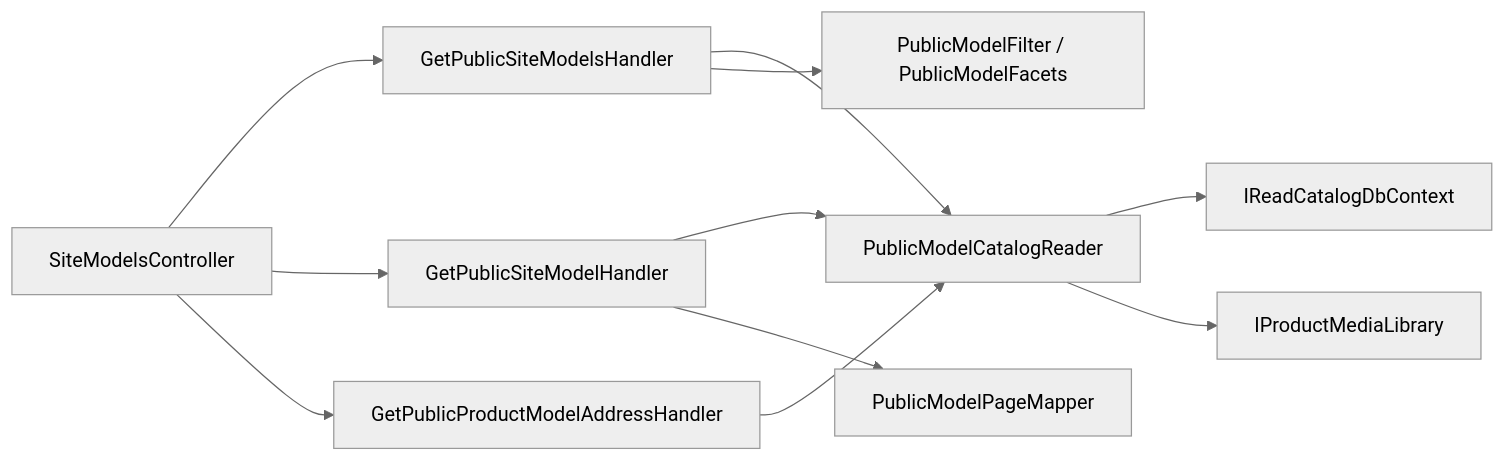
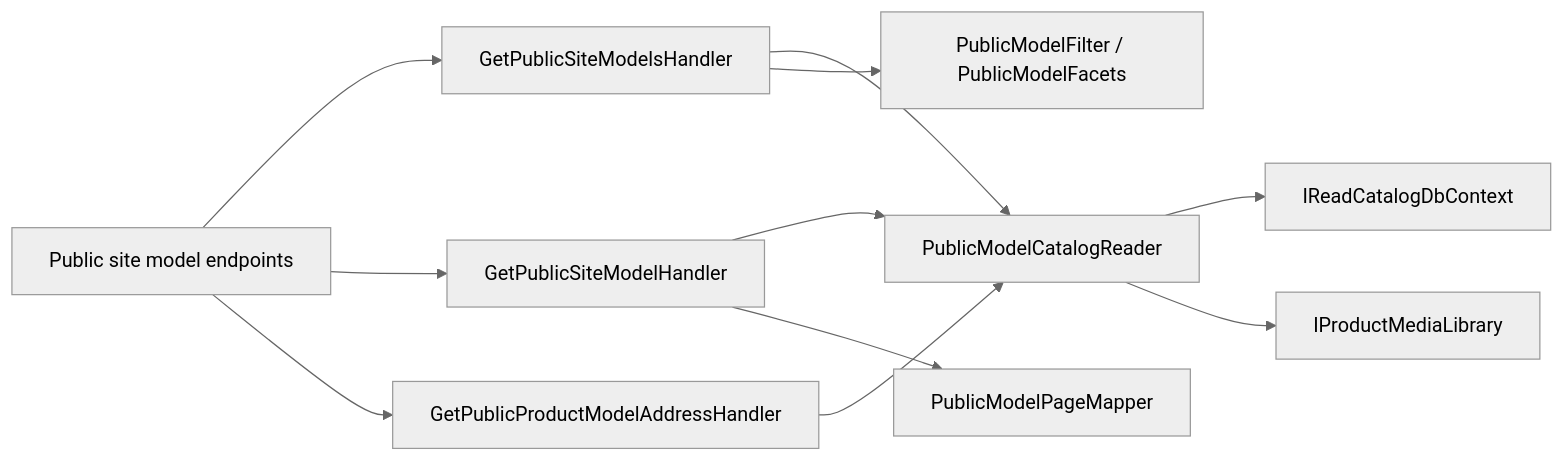
One commit to Weretik/KedrStore changed the diagram in docs/sdd/features/catalog/public-site-models.md. Above: the diagram before and after it, drawn with Mermaid (neutral theme). The commit also changed other lines of this file and 105 other files, not shown here.

````diff
--- a/docs/sdd/features/catalog/public-site-models.md
+++ b/docs/sdd/features/catalog/public-site-models.md
@@ -32,13 +32,13 @@
 ```mermaid
 flowchart LR
-    A["SiteModelsController"] --> B["GetPublicSiteModelsHandler"]
+    A["Public site model endpoints"] --> B["GetPublicSiteModelsHandler"]
     A --> C["GetPublicSiteModelHandler"]
     A --> D["GetPublicProductModelAddressHandler"]
     B --> E["PublicModelCatalogReader"]
     C --> E
     D --> E
     B --> F["PublicModelFilter / PublicModelFacets"]
     C --> G["PublicModelPageMapper"]
     E --> H["IReadCatalogDbContext"]
     E --> I["IProductMediaLibrary"]
 ```
````
